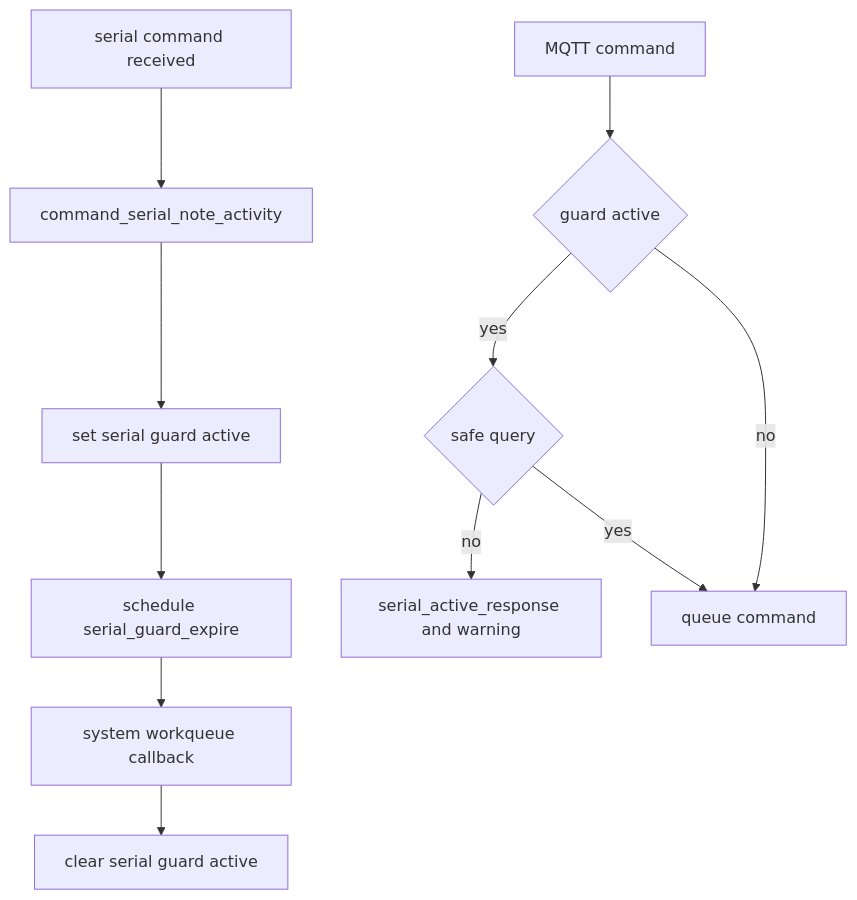
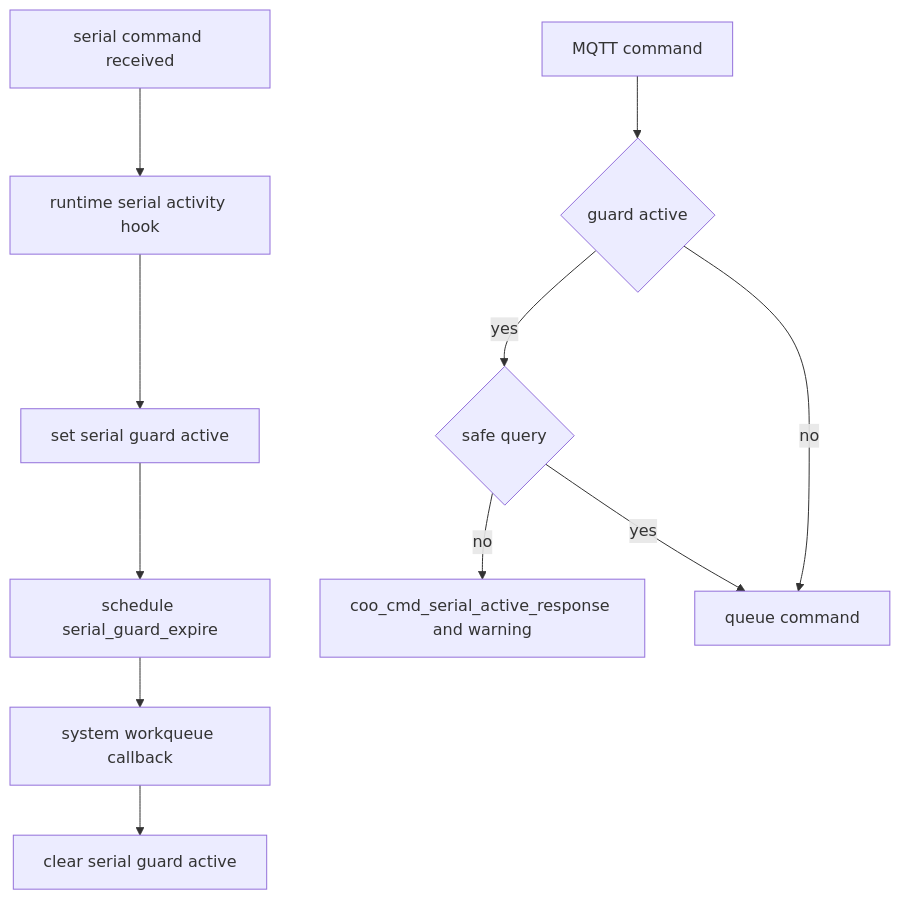
Before and after one commit to COO-Utilities/hispec-tib: the eighth of 22 diagrams in doc/diagrams.md, drawn with Mermaid. The commit also changed other lines of this file and 16 other files, not shown here.

Commit message:
Move command ingress plumbing into runtime

````diff
--- a/doc/diagrams.md
+++ b/doc/diagrams.md
@@ -159,13 +159,13 @@
 ```mermaid
 flowchart TD
-  SerialLine[serial command received] --> Note[command_serial_note_activity]
+  SerialLine[serial command received] --> Note[runtime serial activity hook]
   Note --> Active[set serial guard active]
   Active --> Schedule[schedule serial_guard_expire]
   MQTTCommand[MQTT command] --> Check{guard active}
   Check -- yes --> Safe{safe query}
-  Safe -- no --> Reject[serial_active_response and warning]
+  Safe -- no --> Reject[coo_cmd_serial_active_response and warning]
   Safe -- yes --> Queue[queue command]
   Check -- no --> Queue
   Schedule --> Expire[system workqueue callback]
   Expire --> Clear[clear serial guard active]
 ```
````
